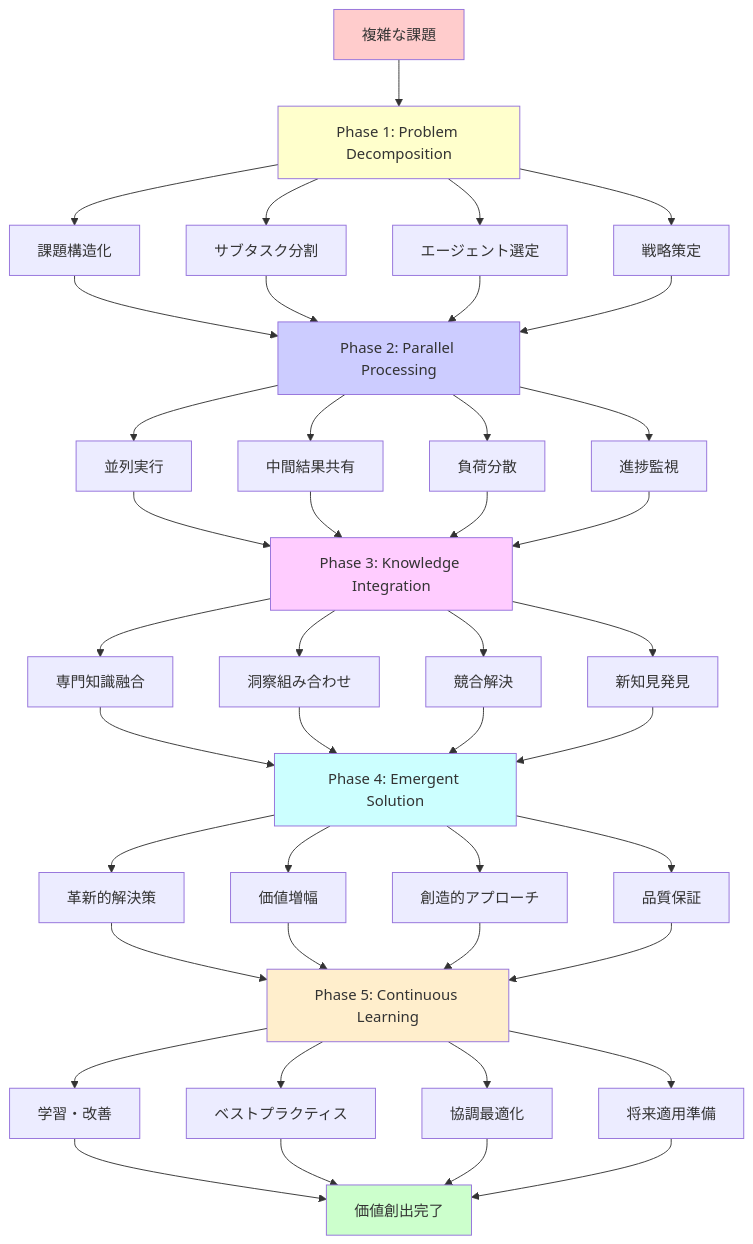
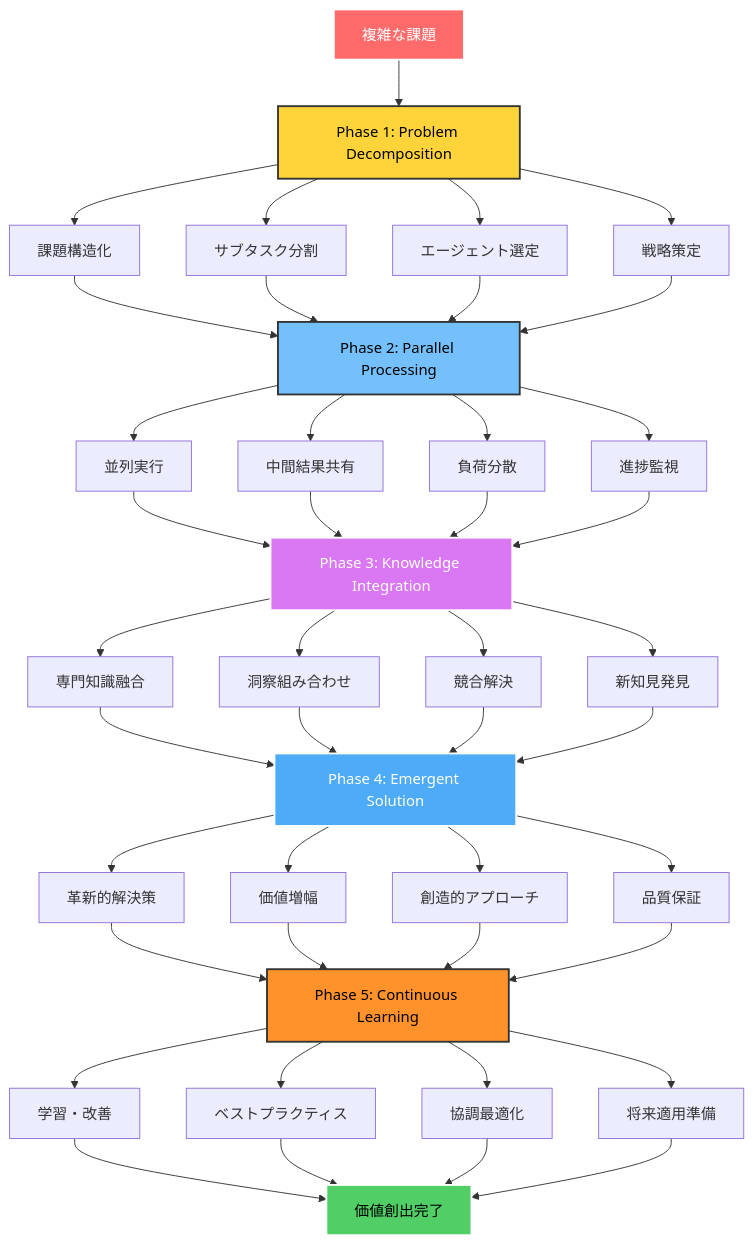
The third of 9 diagrams in A2A設計書.md (markun128/A2A), drawn with Mermaid before and after one commit.

Commit message:
Update value creation process diagram for dark mode compatibility
- Improve color contrast for both light and dark themes
- Add stroke borders for better visibility
- Use high-contrast colors that work in all viewing modes
- Maintain visual hierarchy with appropriate text colors

🤖 Generated with [Claude Code](https://claude.ai/code)

````diff
--- a/A2A設計書.md
+++ b/A2A設計書.md
@@ -203,61 +203,61 @@
 ```mermaid
 graph TD
     A[複雑な課題] --> B[Phase 1: Problem Decomposition]
     B --> B1[課題構造化]
     B --> B2[サブタスク分割]
     B --> B3[エージェント選定]
     B --> B4[戦略策定]
     
     B1 --> C[Phase 2: Parallel Processing]
     B2 --> C
     B3 --> C
     B4 --> C
     
     C --> C1[並列実行]
     C --> C2[中間結果共有]
     C --> C3[負荷分散]
     C --> C4[進捗監視]
     
     C1 --> D[Phase 3: Knowledge Integration]
     C2 --> D
     C3 --> D
     C4 --> D
     
     D --> D1[専門知識融合]
     D --> D2[洞察組み合わせ]
     D --> D3[競合解決]
     D --> D4[新知見発見]
     
     D1 --> E[Phase 4: Emergent Solution]
     D2 --> E
     D3 --> E
     D4 --> E
     
     E --> E1[革新的解決策]
     E --> E2[価値増幅]
     E --> E3[創造的アプローチ]
     E --> E4[品質保証]
     
     E1 --> F[Phase 5: Continuous Learning]
     E2 --> F
     E3 --> F
     E4 --> F
     
     F --> F1[学習・改善]
     F --> F2[ベストプラクティス]
     F --> F3[協調最適化]
     F --> F4[将来適用準備]
     
     F1 --> G[価値創出完了]
     F2 --> G
     F3 --> G
     F4 --> G
     
-    style A fill:#ffcccc
-    style G fill:#ccffcc
-    style B fill:#ffffcc
-    style C fill:#ccccff
-    style D fill:#ffccff
-    style E fill:#ccffff
-    style F fill:#ffeecc
+    style A fill:#ff6b6b,stroke:#fff,stroke-width:2px,color:#fff
+    style G fill:#51cf66,stroke:#fff,stroke-width:2px,color:#000
+    style B fill:#ffd43b,stroke:#333,stroke-width:2px,color:#000
+    style C fill:#74c0fc,stroke:#333,stroke-width:2px,color:#000
+    style D fill:#da77f2,stroke:#fff,stroke-width:2px,color:#fff
+    style E fill:#4dabf7,stroke:#fff,stroke-width:2px,color:#fff
+    style F fill:#ff922b,stroke:#333,stroke-width:2px,color:#000
 ```
````
